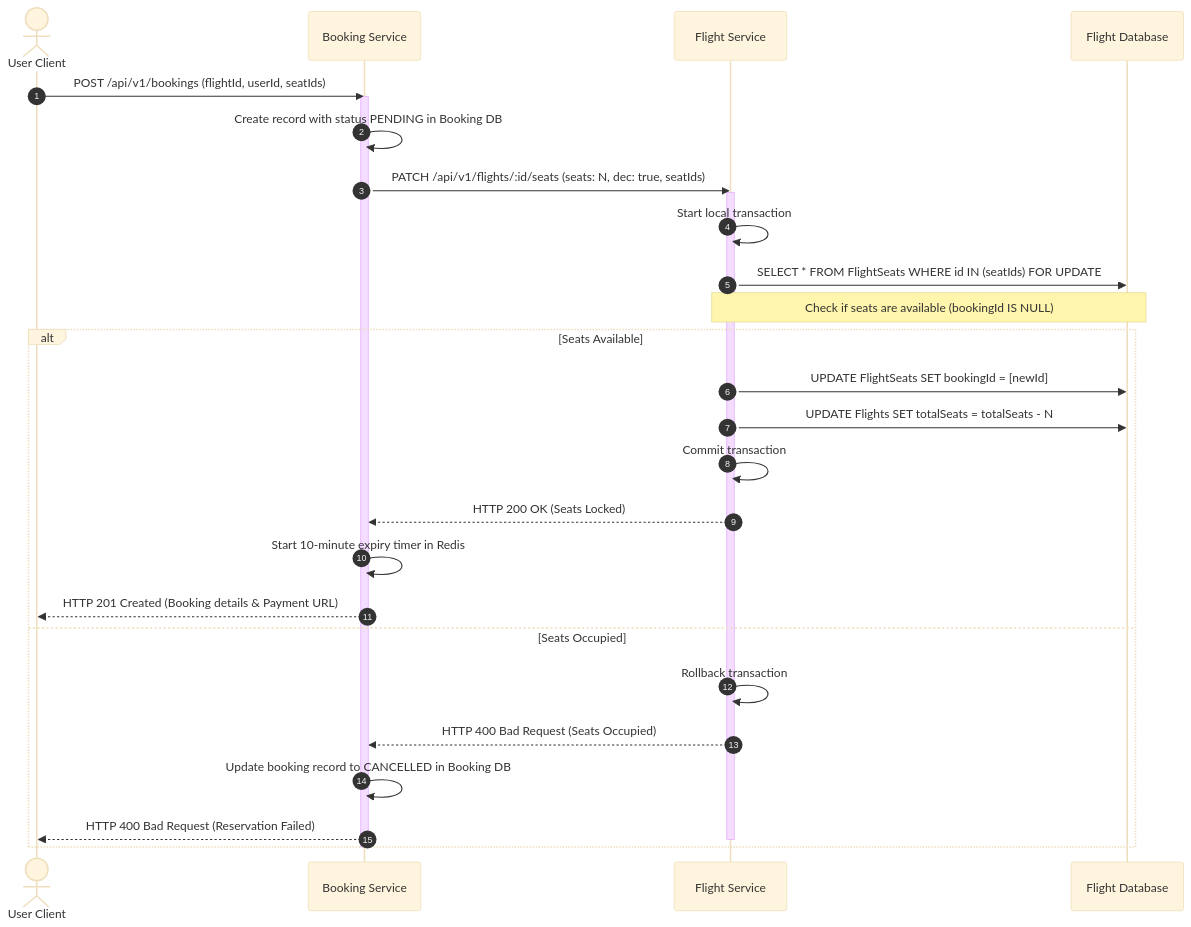
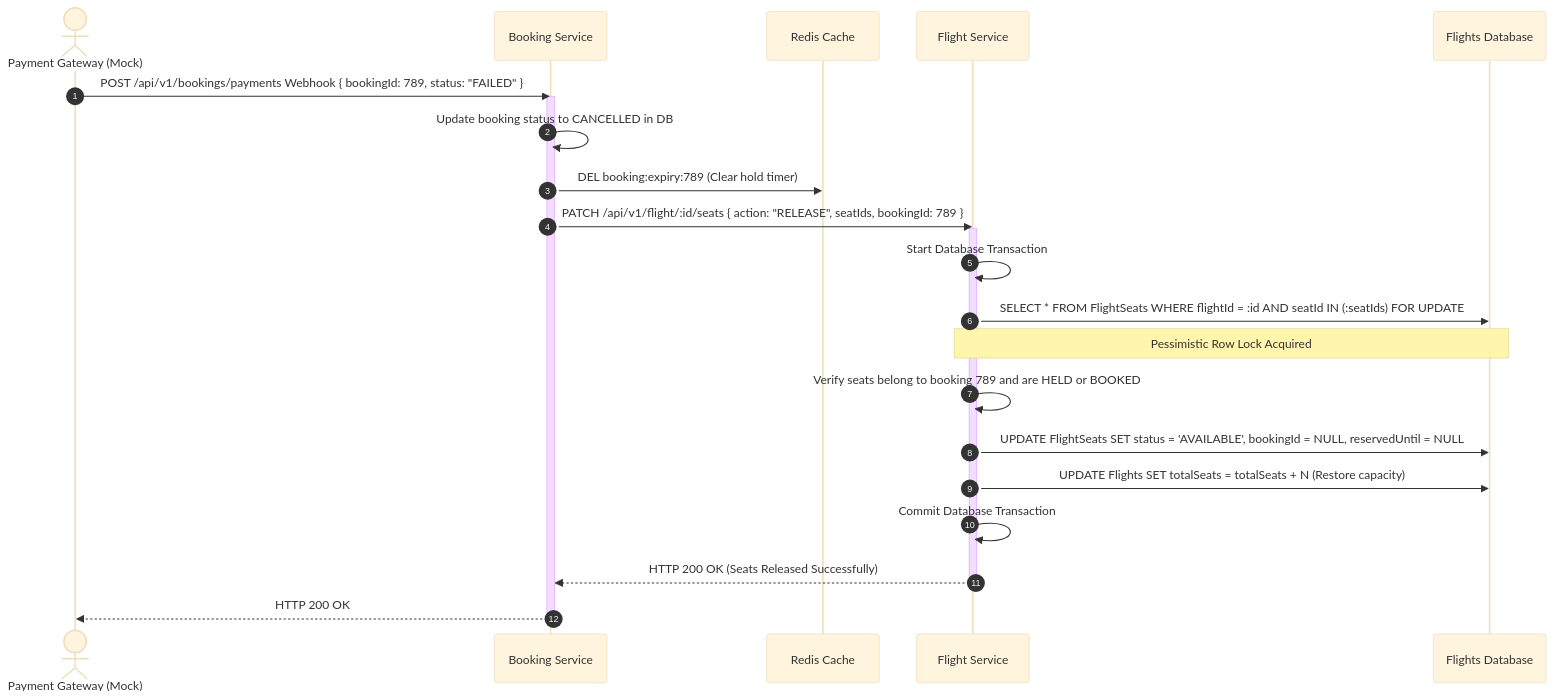
One commit to 0xpritam/Base-Node-Project-Template changed the second of 6 diagrams in docs/SEQUENCE_DIAGRAMS.md. Above: the diagram before and after it, drawn with Mermaid (base theme). The commit also changed other lines of this file and 65 other files, not shown here.

Commit message:
feat: complete booking service saga orchestration with Redis expiration

````diff
--- a/docs/SEQUENCE_DIAGRAMS.md
+++ b/docs/SEQUENCE_DIAGRAMS.md
@@ -36,32 +76,29 @@
 ```mermaid
 sequenceDiagram
     autonumber
-    actor Client as User Client
+    actor GW as Payment Gateway (Mock)
     participant BS as Booking Service
+    participant Redis as Redis Cache
     participant FS as Flight Service
-    participant FDB as Flight Database
+    participant DB as Flights Database
 
-    Client ->> BS: POST /api/v1/bookings (flightId, userId, seatIds)
+    GW ->> BS: POST /api/v1/bookings/payments Webhook { bookingId: 789, status: "FAILED" }
     activate BS
-    BS ->> BS: Create record with status PENDING in Booking DB
-    BS ->> FS: PATCH /api/v1/flights/:id/seats (seats: N, dec: true, seatIds)
+    BS ->> BS: Update booking status to CANCELLED in DB
+    BS ->> Redis: DEL booking:expiry:789 (Clear hold timer)
+
+    BS ->> FS: PATCH /api/v1/flight/:id/seats { action: "RELEASE", seatIds, bookingId: 789 }
     activate FS
-    FS ->> FS: Start local transaction
-    FS ->> FDB: SELECT * FROM FlightSeats WHERE id IN (seatIds) FOR UPDATE;
-    Note over FS,FDB: Check if seats are available (bookingId IS NULL)
-    alt Seats Available
-        FS ->> FDB: UPDATE FlightSeats SET bookingId = [newId]
-        FS ->> FDB: UPDATE Flights SET totalSeats = totalSeats - N
-        FS ->> FS: Commit transaction
-        FS -->> BS: HTTP 200 OK (Seats Locked)
-        BS ->> BS: Start 10-minute expiry timer in Redis
-        BS -->> Client: HTTP 201 Created (Booking details & Payment URL)
-    else Seats Occupied
-        FS ->> FS: Rollback transaction
-        FS -->> BS: HTTP 400 Bad Request (Seats Occupied)
-        BS ->> BS: Update booking record to CANCELLED in Booking DB
-        BS -->> Client: HTTP 400 Bad Request (Reservation Failed)
-        deactivate FS
-    end
+    FS ->> FS: Start Database Transaction
+    FS ->> DB: SELECT * FROM FlightSeats WHERE flightId = :id AND seatId IN (:seatIds) FOR UPDATE;
+    Note over FS,DB: Pessimistic Row Lock Acquired
+    FS ->> FS: Verify seats belong to booking 789 and are HELD or BOOKED
+    FS ->> DB: UPDATE FlightSeats SET status = 'AVAILABLE', bookingId = NULL, reservedUntil = NULL
+    FS ->> DB: UPDATE Flights SET totalSeats = totalSeats + N (Restore capacity)
+    FS ->> FS: Commit Database Transaction
+    FS -->> BS: HTTP 200 OK (Seats Released Successfully)
+    deactivate FS
+
+    BS -->> GW: HTTP 200 OK
     deactivate BS
 ```
````
